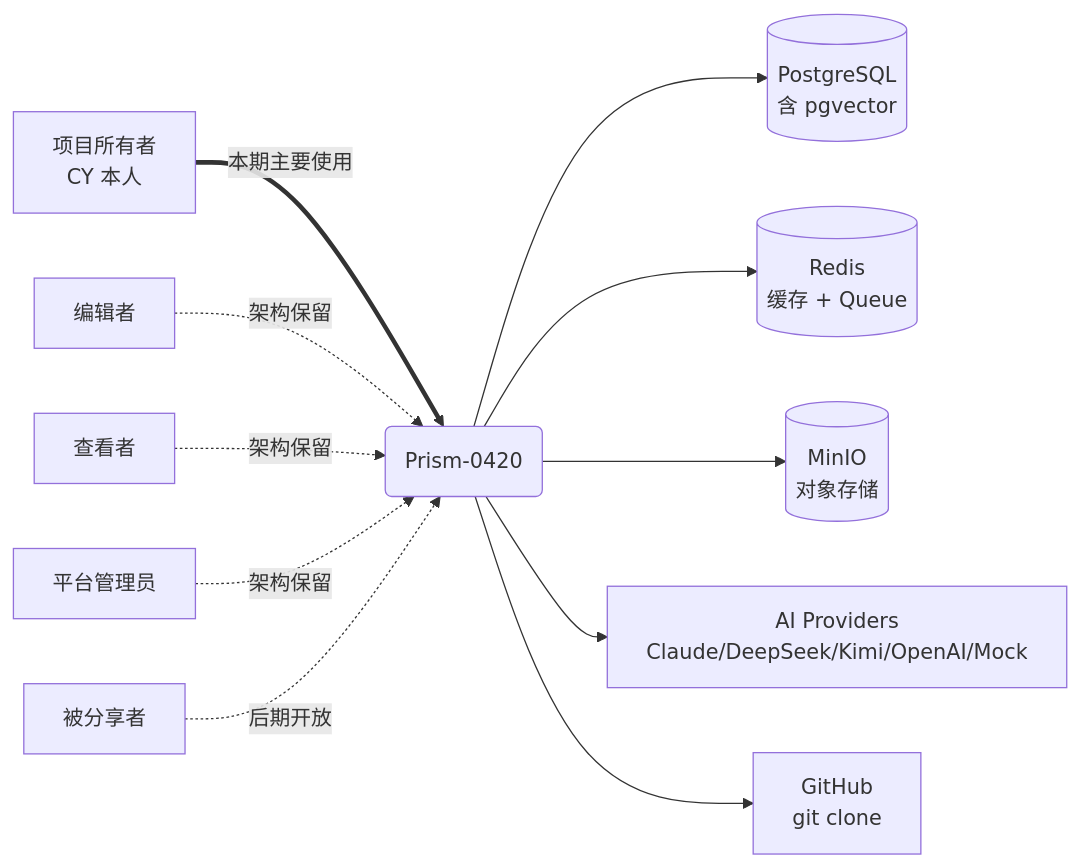
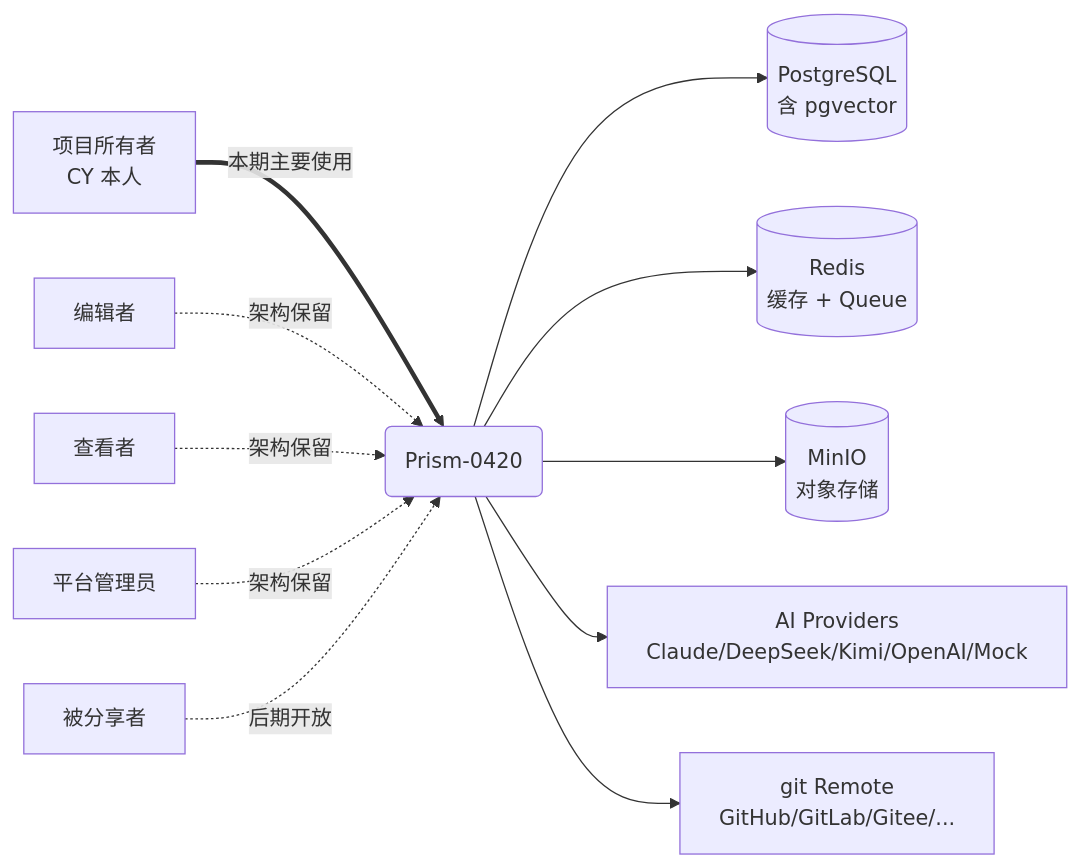
Before and after one commit to CY1005/prism-0420: the diagram in design/00-architecture/02-context-diagram.md, drawn with Mermaid. The commit also changed other lines of this file and 1 other file, not shown here.

Commit message:
fix(reviewer): 处理 reviewer 第二轮 C3 + N3
C3 档位 A 假完成认知错位：
- design/README.md 把档位 A 一个复选框拆成 8 个子复选框
- 同时拆 档位 B (5项) + 档位 C + 对照报告 的 checklist
- 当前真实进度：档位 A 2/8（PRD + 边界图）

N3 边界图 GitHub 节点语义模糊：
- 02-context-diagram.md GitHub 节点改为 git Remote
- 注明支持 GitHub/GitLab/Gitee 等
- 表格、Mermaid 图、连线一致更新

````diff
--- a/design/00-architecture/02-context-diagram.md
+++ b/design/00-architecture/02-context-diagram.md
@@ -46,28 +46,28 @@
 ```mermaid
 graph LR
     Owner[项目所有者<br/>CY 本人]
     Editor[编辑者]
     Viewer[查看者]
     Admin[平台管理员]
     Sharer[被分享者]
 
     System(Prism-0420)
 
     PG[(PostgreSQL<br/>含 pgvector)]
     Redis[(Redis<br/>缓存 + Queue)]
     MinIO[(MinIO<br/>对象存储)]
     AI[AI Providers<br/>Claude/DeepSeek/Kimi/OpenAI/Mock]
-    GitHub[GitHub<br/>git clone]
+    GitRemote[git Remote<br/>GitHub/GitLab/Gitee/...]
 
     Owner ==本期主要使用==> System
     Editor -.架构保留.-> System
     Viewer -.架构保留.-> System
     Admin -.架构保留.-> System
     Sharer -.后期开放.-> System
 
     System --> PG
     System --> Redis
     System --> MinIO
     System --> AI
-    System --> GitHub
+    System --> GitRemote
 ```
````
